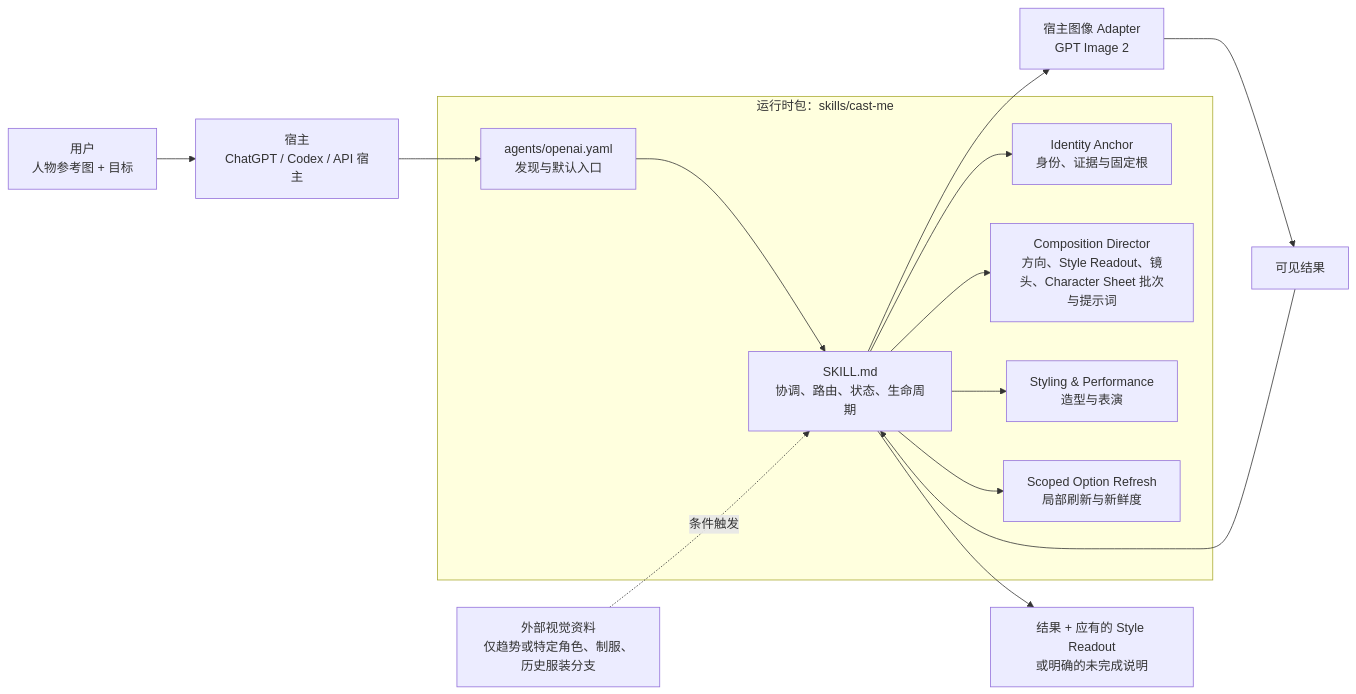
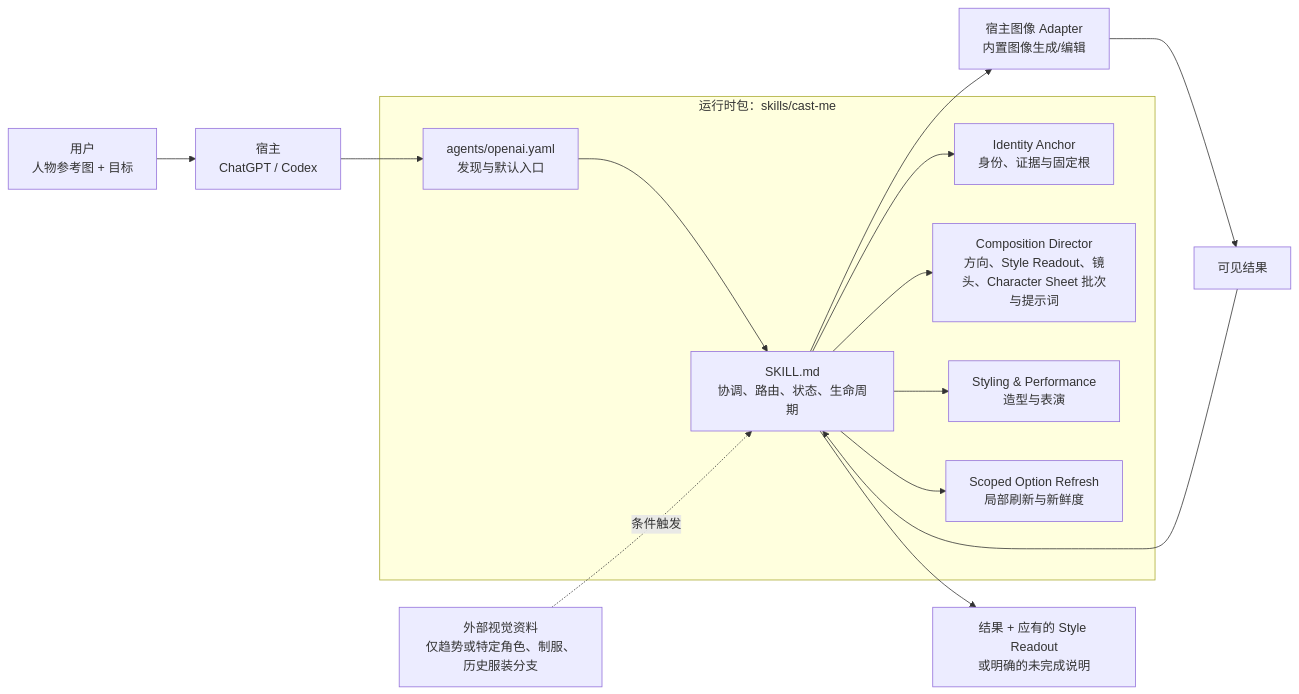
One commit to cyaoc/cast-me changed the first of 13 diagrams in docs/architecture.md. Above: the diagram before and after it, drawn with Mermaid. The commit also changed other lines of this file and 4 other files, not shown here.

First line of the commit message:
docs: 适配 ChatGPT Images 2.5

````diff
--- a/docs/architecture.md
+++ b/docs/architecture.md
@@ -18,25 +18,25 @@
 ```mermaid
 flowchart LR
-    U["用户<br/>人物参考图 + 目标"] --> H["宿主<br/>ChatGPT / Codex / API 宿主"]
+    U["用户<br/>人物参考图 + 目标"] --> H["宿主<br/>ChatGPT / Codex"]
 
     subgraph PKG["运行时包：skills/cast-me"]
         META["agents/openai.yaml<br/>发现与默认入口"]
         K["SKILL.md<br/>协调、路由、状态、生命周期"]
         I["Identity Anchor<br/>身份、证据与固定根"]
         C["Composition Director<br/>方向、Style Readout、镜头、Character Sheet 批次与提示词"]
         S["Styling & Performance<br/>造型与表演"]
         R["Scoped Option Refresh<br/>局部刷新与新鲜度"]
         META --> K
         K --> I
         K --> C
         K --> S
         K --> R
     end
 
     H --> META
-    K --> G["宿主图像 Adapter<br/>GPT Image 2"]
+    K --> G["宿主图像 Adapter<br/>内置图像生成/编辑"]
     G --> O["可见结果"]
     O --> K
     K --> F["结果 + 应有的 Style Readout<br/>或明确的未完成说明"]
     W["外部视觉资料<br/>仅趋势或特定角色、制服、历史服装分支"] -.条件触发.-> K
 ```
````
